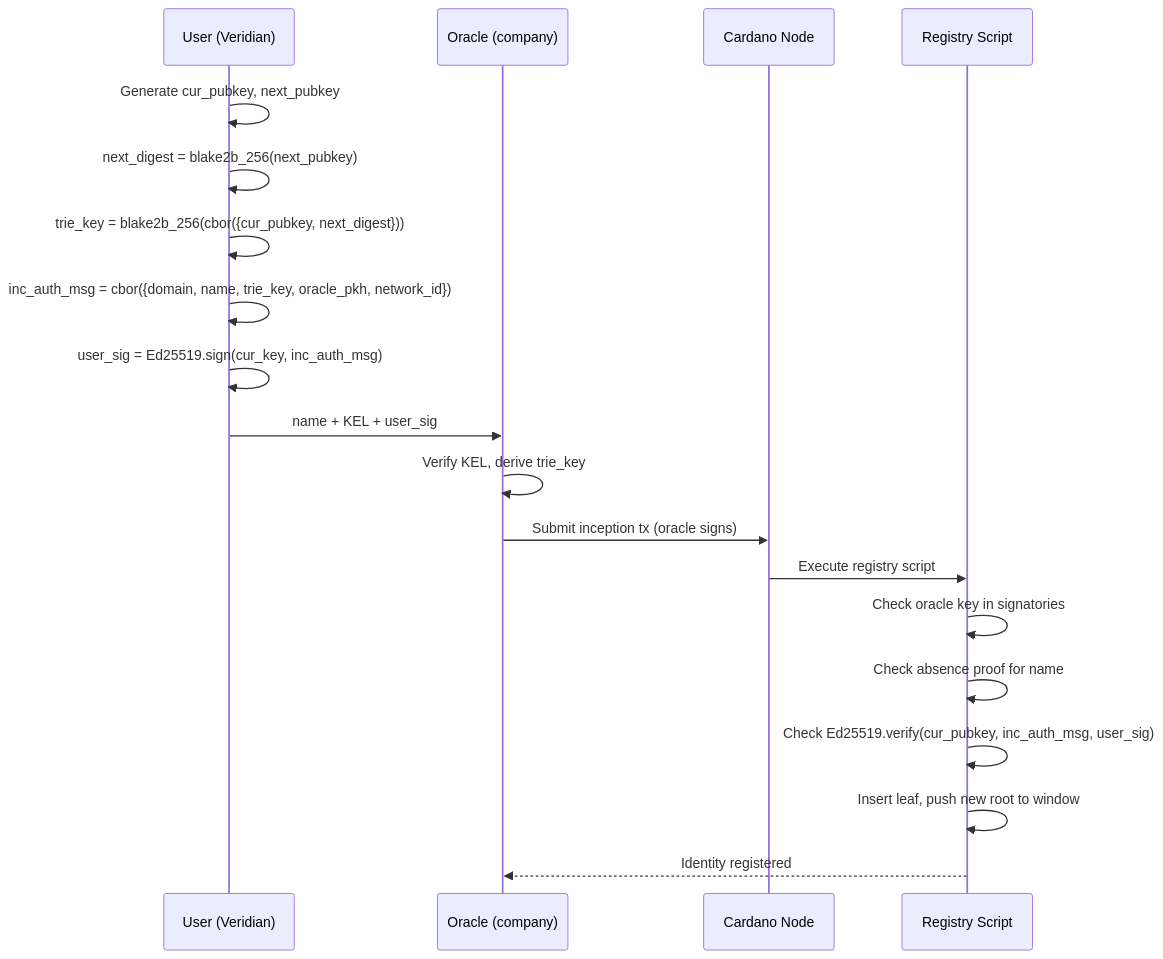
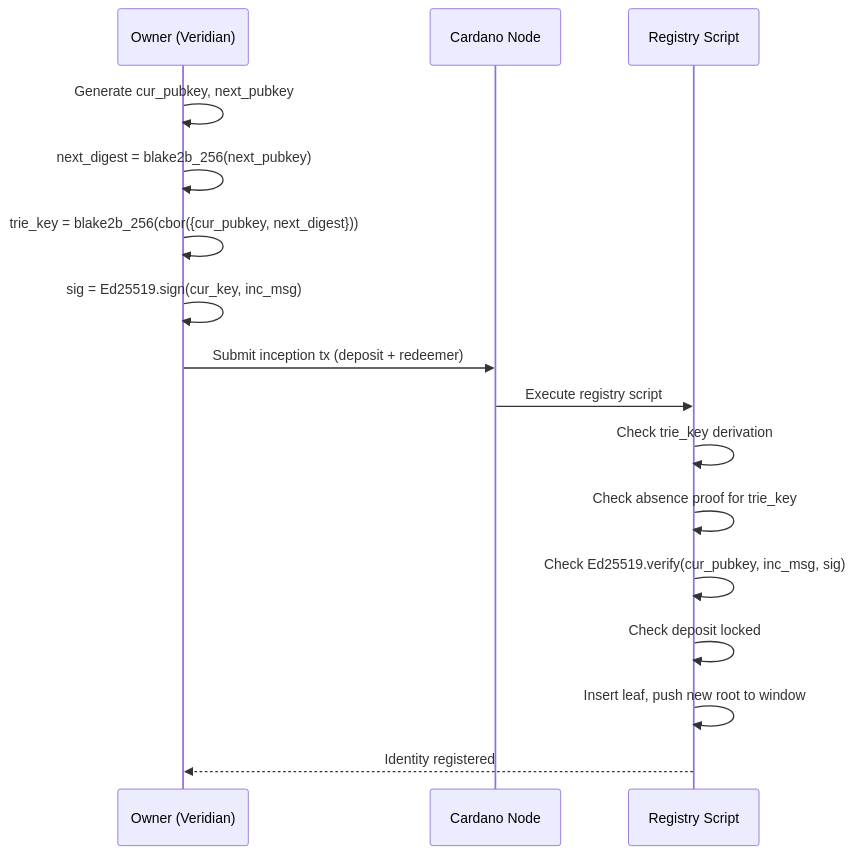
The first of 2 diagrams in docs/architecture/identity-ops.md (lambdasistemi/cardano-keri), drawn with Mermaid before and after one commit. The commit also changed other lines of this file and 3 other files, not shown here.

````diff
--- a/docs/architecture/identity-ops.md
+++ b/docs/architecture/identity-ops.md
@@ -51,22 +69,19 @@
 ```mermaid
 sequenceDiagram
-    participant U as User (Veridian)
-    participant O as Oracle (company)
+    participant U as Owner (Veridian)
     participant N as Cardano Node
     participant S as Registry Script
 
     U->>U: Generate cur_pubkey, next_pubkey
     U->>U: next_digest = blake2b_256(next_pubkey)
     U->>U: trie_key = blake2b_256(cbor({cur_pubkey, next_digest}))
-    U->>U: inc_auth_msg = cbor({domain, name, trie_key, oracle_pkh, network_id})
-    U->>U: user_sig = Ed25519.sign(cur_key, inc_auth_msg)
-    U->>O: name + KEL + user_sig
-    O->>O: Verify KEL, derive trie_key
-    O->>N: Submit inception tx (oracle signs)
+    U->>U: sig = Ed25519.sign(cur_key, inc_msg)
+    U->>N: Submit inception tx (deposit + redeemer)
     N->>S: Execute registry script
-    S->>S: Check oracle key in signatories
-    S->>S: Check absence proof for name
-    S->>S: Check Ed25519.verify(cur_pubkey, inc_auth_msg, user_sig)
+    S->>S: Check trie_key derivation
+    S->>S: Check absence proof for trie_key
+    S->>S: Check Ed25519.verify(cur_pubkey, inc_msg, sig)
+    S->>S: Check deposit locked
     S->>S: Insert leaf, push new root to window
-    S-->>O: Identity registered
+    S-->>U: Identity registered
 ```
````
